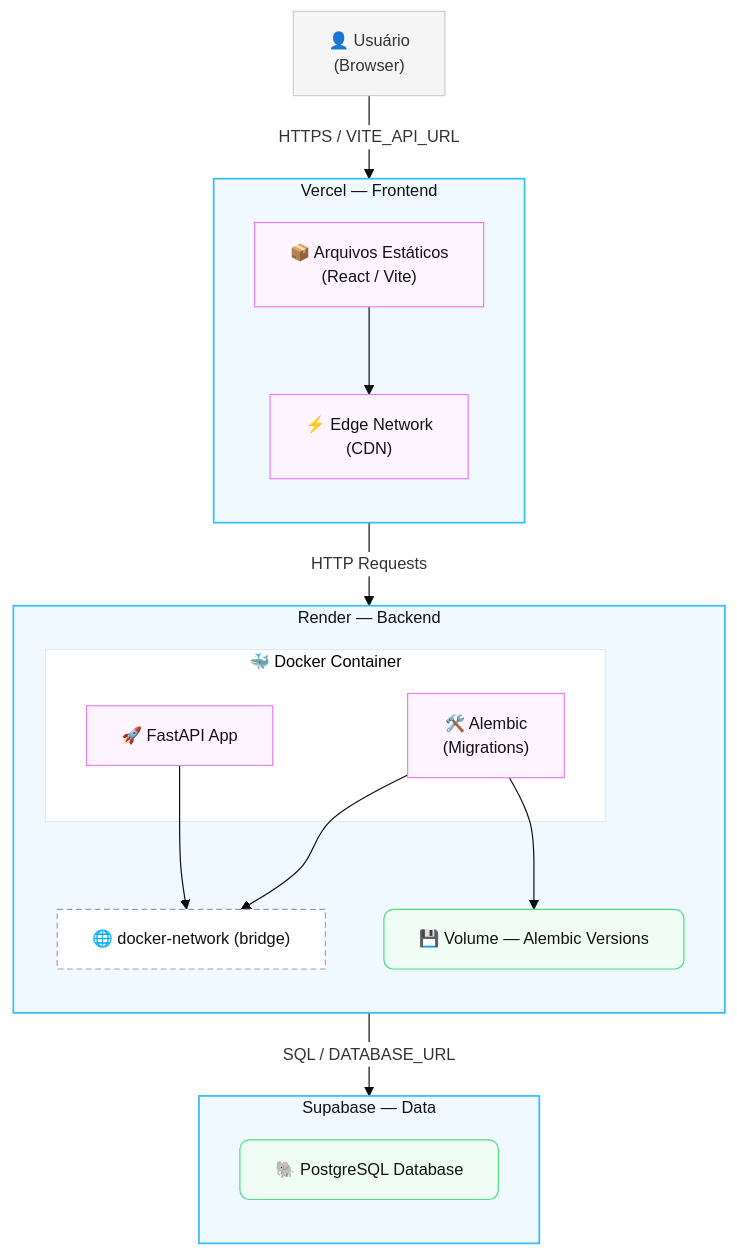
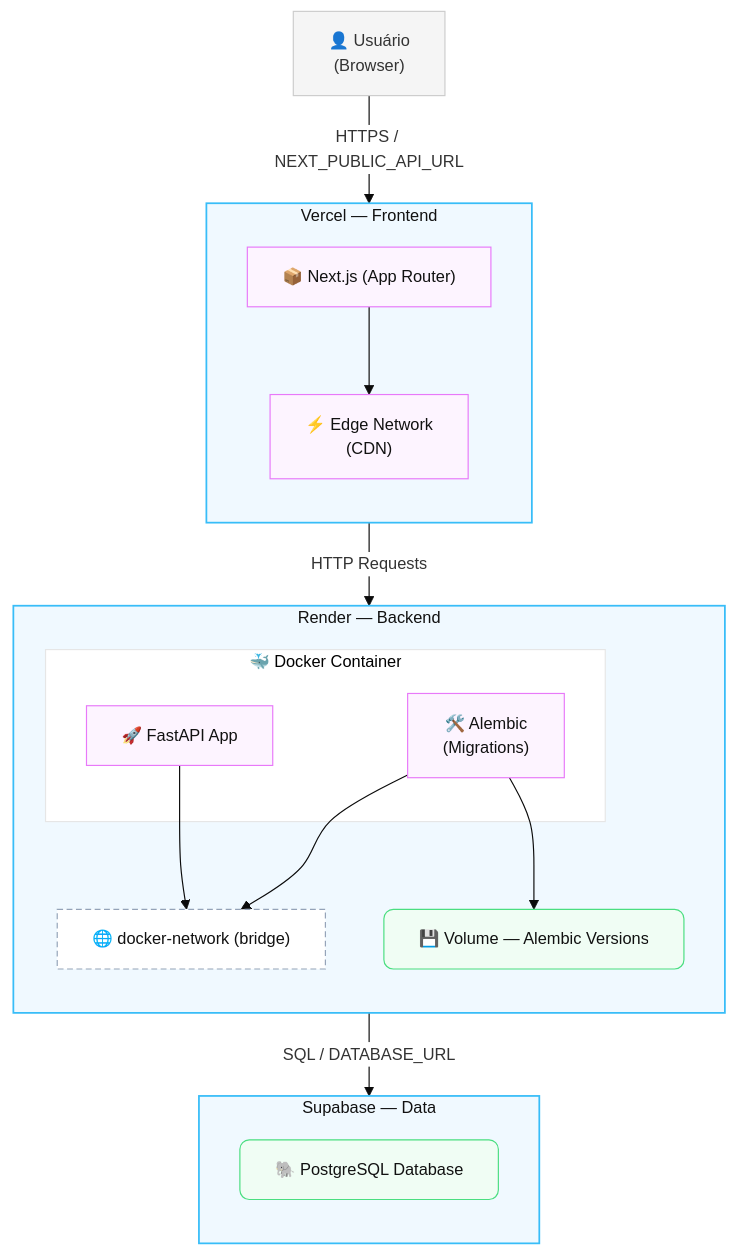
Before and after one commit to devacademicx/fivelib: the diagram in docs/infrastructure/assets/infrastructure-diagram.mmd, drawn with Mermaid. The commit also changed 4 other files, not shown here.

```diff
--- a/docs/infrastructure/assets/infrastructure-diagram.mmd
+++ b/docs/infrastructure/assets/infrastructure-diagram.mmd
@@ -1,56 +1,56 @@
 %%{init: {'theme': 'base', 'themeVariables': { 
   'primaryColor': '#f5f5f5', 
   'primaryBorderColor': '#ccc', 
   'tertiaryColor': '#ffffff',
   'edgeLabelBackground':'#ffffff',
   'fontSize': '14px',
   'fontFamily': 'Inter, Arial, sans-serif'
 }}}%%
 graph TD
     %% Layout e classes
     classDef cloud fill:#f0f9ff,stroke:#38bdf8,color:#111,stroke-width:1.5px;
     classDef service fill:#fdf4ff,stroke:#e879f9,color:#111;
     classDef storage fill:#f0fdf4,stroke:#4ade80,color:#111,rx:8,ry:8;
     classDef network fill:#fff,stroke:#94a3b8,color:#111,stroke-dasharray: 5 3;
 
     %% Usuário
     User["👤 Usuário<br/>(Browser)"]
 
     %% Vercel
     subgraph Vercel_Cloud ["Vercel — Frontend"]
         direction TB
-        F_Static["📦 Arquivos Estáticos<br/>(React / Vite)"]
+        F_Static["📦 Next.js (App Router)"]
         F_Edge["⚡ Edge Network<br/>(CDN)"]
         F_Static --> F_Edge
     end
 
     %% Render
     subgraph Render_Cloud ["Render — Backend"]
         direction TB
         subgraph Docker_Container ["🐳 Docker Container"]
             B_API["🚀 FastAPI App"]
             B_Alembic["🛠️ Alembic<br/>(Migrations)"]
         end
         B_Vol["💾 Volume — Alembic Versions"]
         B_Net["🌐 docker-network (bridge)"]
         B_API --> B_Net
         B_Alembic --> B_Net
         B_Alembic --> B_Vol
     end
 
     %% Supabase
     subgraph Supabase_Cloud ["Supabase — Data"]
         direction TB
         S_Postgres["🐘 PostgreSQL Database"]
     end
 
     %% Fluxo
-    User -->|"HTTPS / VITE_API_URL"| F_Edge
+    User -->|"HTTPS / NEXT_PUBLIC_API_URL"| F_Edge
     F_Edge -->|"HTTP Requests"| B_API
     B_API -->|"SQL / DATABASE_URL"| S_Postgres
 
     %% Classes
     class Vercel_Cloud,Render_Cloud,Supabase_Cloud cloud;
     class F_Static,F_Edge,B_API,B_Alembic service;
     class S_Postgres,B_Vol storage;
     class B_Net network;
```
